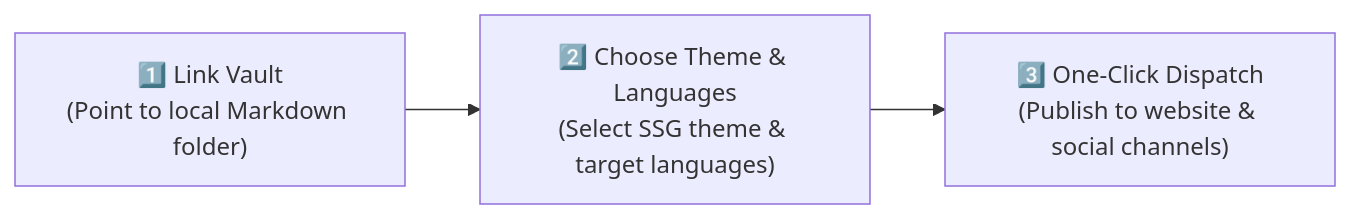
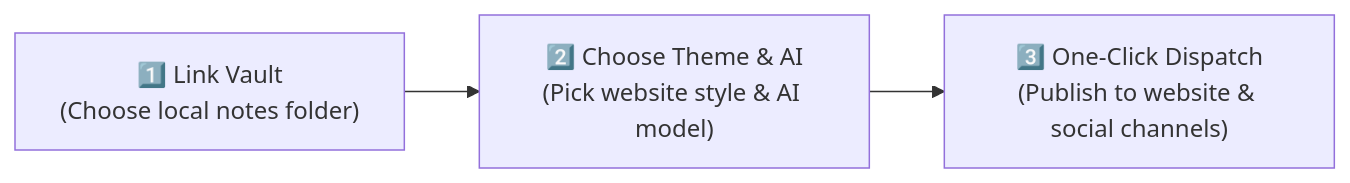
One commit to Illacme/illacme-plenipes changed the diagram in README.md. Above: the diagram before and after it, drawn with Mermaid. The commit also changed other lines of this file and 2 other files, not shown here.

Commit message:
docs: add bilingual release notes and creator-friendly english readme

````diff
--- a/README.md
+++ b/README.md
@@ -164,5 +161,5 @@
 ```mermaid
 graph LR
-    A["1️⃣ Link Vault<br/>(Point to local Markdown folder)"] --> B["2️⃣ Choose Theme & Languages<br/>(Select SSG theme & target languages)"]
+    A["1️⃣ Link Vault<br/>(Choose local notes folder)"] --> B["2️⃣ Choose Theme & AI<br/>(Pick website style & AI model)"]
     B --> C["3️⃣ One-Click Dispatch<br/>(Publish to website & social channels)"]
 ```
````
